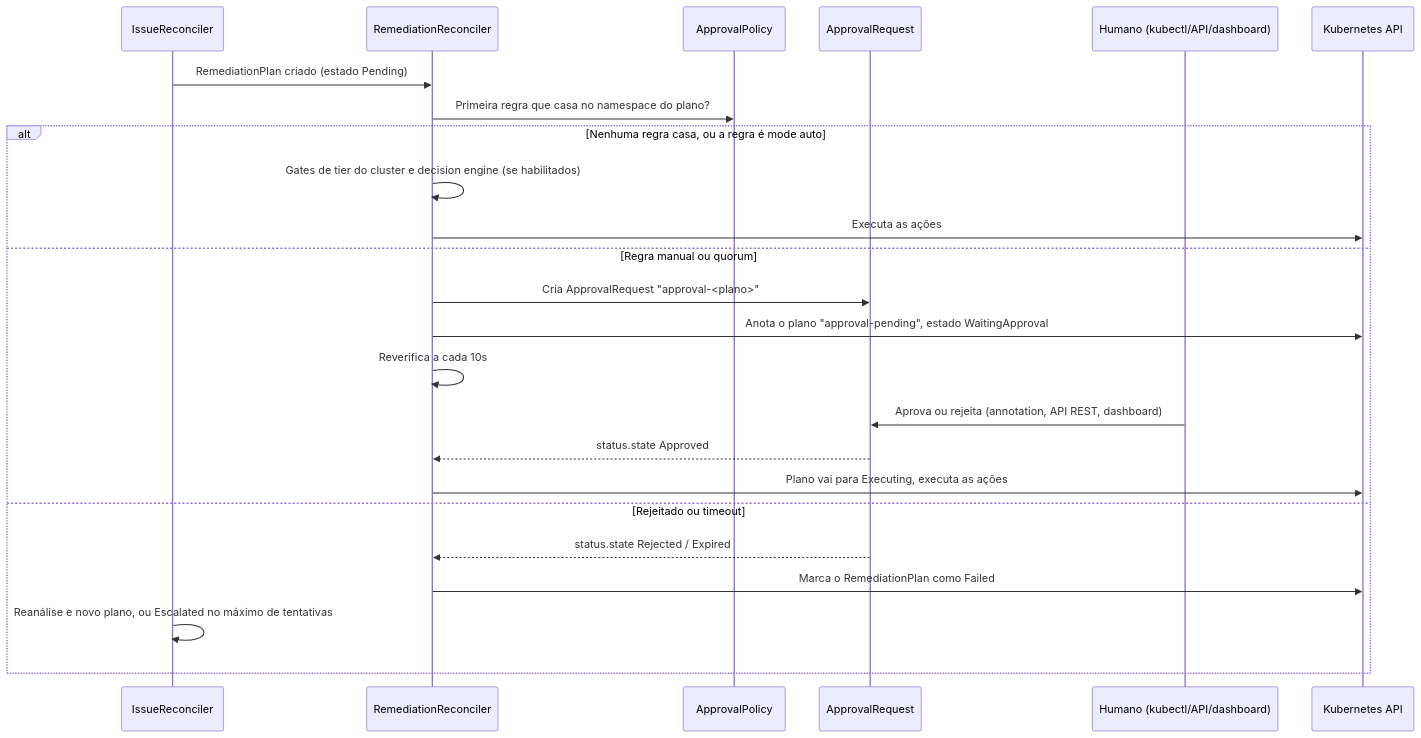
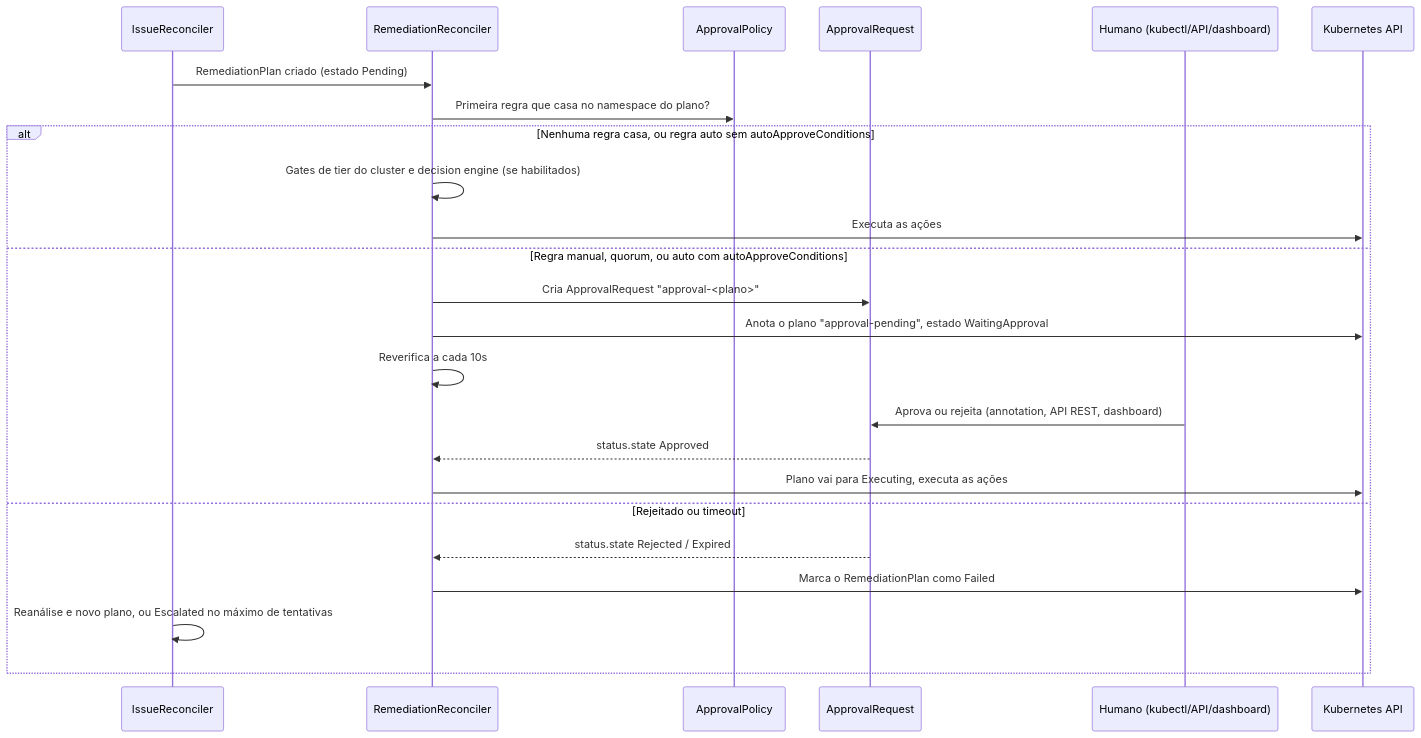
Before and after one commit to diillson/chatcli.ai: the first of 3 diagrams in pt/features/aiops/approval-workflow.mdx, drawn with Mermaid. The commit also changed other lines of this file and 105 other files, not shown here.

````diff
--- a/pt/features/aiops/approval-workflow.mdx
+++ b/pt/features/aiops/approval-workflow.mdx
@@ -32,29 +32,29 @@
 ```mermaid
 sequenceDiagram
     participant IR as IssueReconciler
     participant RR as RemediationReconciler
     participant AP as ApprovalPolicy
     participant AR as ApprovalRequest
     participant H as Humano (kubectl/API/dashboard)
     participant K8s as Kubernetes API
 
     IR->>RR: RemediationPlan criado (estado Pending)
     RR->>AP: Primeira regra que casa no namespace do plano?
 
-    alt Nenhuma regra casa, ou a regra é mode auto
+    alt Nenhuma regra casa, ou regra auto sem autoApproveConditions
         RR->>RR: Gates de tier do cluster e decision engine (se habilitados)
         RR->>K8s: Executa as ações
-    else Regra manual ou quorum
+    else Regra manual, quorum, ou auto com autoApproveConditions
         RR->>AR: Cria ApprovalRequest "approval-<plano>"
         RR->>K8s: Anota o plano "approval-pending", estado WaitingApproval
         RR->>RR: Reverifica a cada 10s
 
         H->>AR: Aprova ou rejeita (annotation, API REST, dashboard)
         AR-->>RR: status.state Approved
         RR->>K8s: Plano vai para Executing, executa as ações
     else Rejeitado ou timeout
         AR-->>RR: status.state Rejected / Expired
         RR->>K8s: Marca o RemediationPlan como Failed
         IR->>IR: Reanálise e novo plano, ou Escalated no máximo de tentativas
     end
 ```
````
